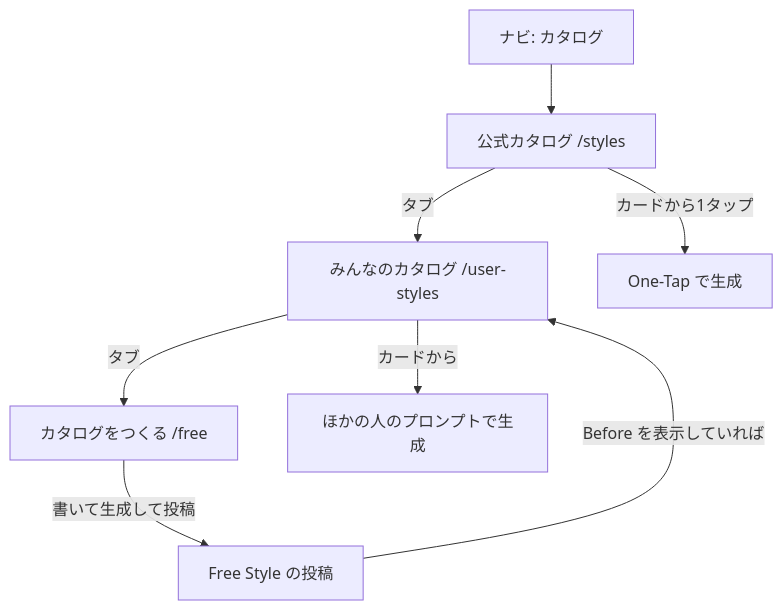
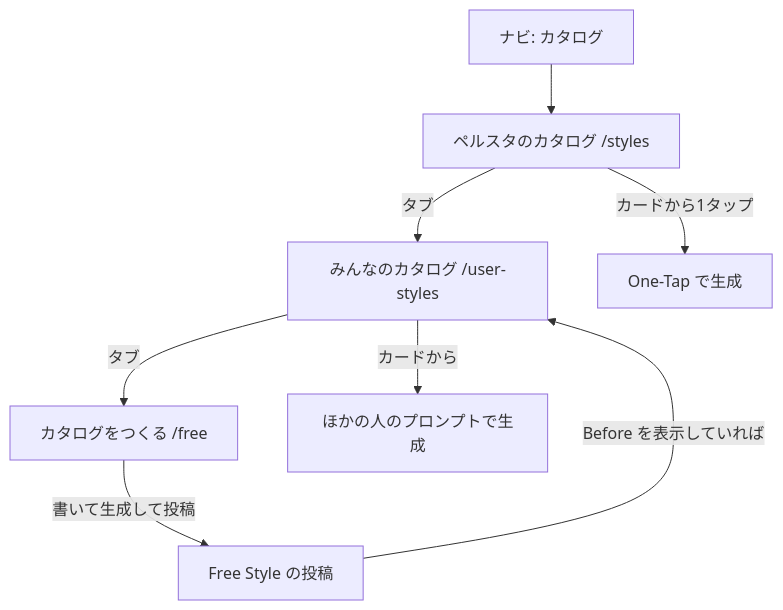
One commit to 3balljugglerYu/ai_coordinate changed the first of 3 diagrams in docs/planning/catalog-three-tabs-implementation-plan.md. Above: the diagram before and after it, drawn with Mermaid. The commit also changed other lines of this file, not shown here.

First line of the commit message:
docs(planning): タブの名前を「ペルスタのカタログ」に決める

````diff
--- a/docs/planning/catalog-three-tabs-implementation-plan.md
+++ b/docs/planning/catalog-three-tabs-implementation-plan.md
@@ -113,10 +113,10 @@
 ```mermaid
 flowchart TD
-    Nav["ナビ: カタログ"] --> Official["公式カタログ /styles"]
-    Official -->|"タブ"| Users["みんなのカタログ /user-styles"]
+    Nav["ナビ: カタログ"] --> Persta["ペルスタのカタログ /styles"]
+    Persta -->|"タブ"| Users["みんなのカタログ /user-styles"]
     Users -->|"タブ"| Create["カタログをつくる /free"]
-    Official -->|"カードから1タップ"| Gen1["One-Tap で生成"]
+    Persta -->|"カードから1タップ"| Gen1["One-Tap で生成"]
     Users -->|"カードから"| Gen2["ほかの人のプロンプトで生成"]
     Create -->|"書いて生成して投稿"| Post["Free Style の投稿"]
     Post -->|"Before を表示していれば"| Users
 ```
````
